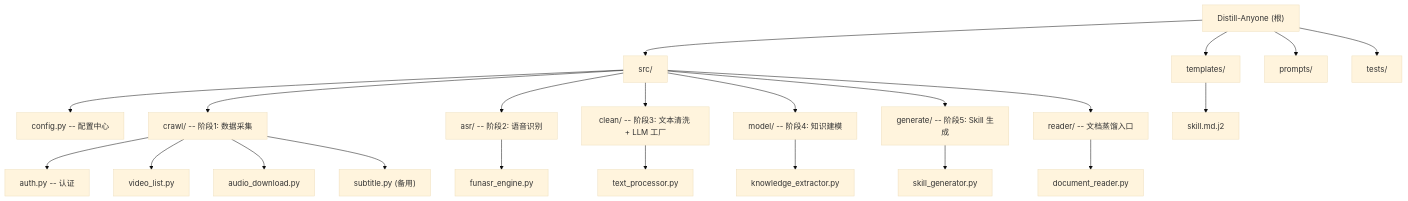
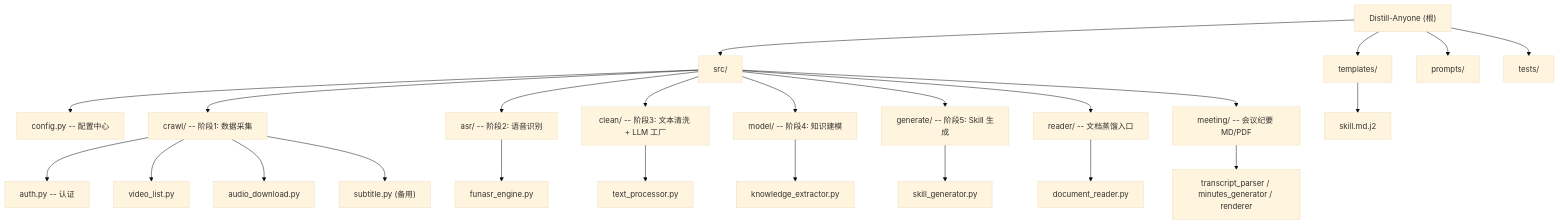
The diagram in CLAUDE.md (AITCX08/Distill-Anyone), drawn with Mermaid (base theme) before and after one commit. The commit also changed other lines of this file and 1 other file, not shown here.

Commit message:
docs(meeting): fix outline/todos contract + CLI options + root module index

````diff
--- a/CLAUDE.md
+++ b/CLAUDE.md
@@ -58,31 +58,34 @@
 ```mermaid
 graph TD
     A["Distill-Anyone (根)"] --> B["src/"]
     A --> C["templates/"]
     A --> D["prompts/"]
     A --> T["tests/"]
     B --> E["config.py -- 配置中心"]
     B --> F["crawl/ -- 阶段1: 数据采集"]
     B --> G["asr/ -- 阶段2: 语音识别"]
     B --> H["clean/ -- 阶段3: 文本清洗 + LLM 工厂"]
     B --> I["model/ -- 阶段4: 知识建模"]
     B --> J["generate/ -- 阶段5: Skill 生成"]
     B --> R["reader/ -- 文档蒸馏入口"]
+    B --> M["meeting/ -- 会议纪要 MD/PDF"]
     F --> F0["auth.py -- 认证"]
     F --> F1["video_list.py"]
     F --> F2["audio_download.py"]
     F --> F3["subtitle.py (备用)"]
     G --> G1["funasr_engine.py"]
     H --> H1["text_processor.py"]
     I --> I1["knowledge_extractor.py"]
     J --> J1["skill_generator.py"]
     R --> R1["document_reader.py"]
+    M --> M1["transcript_parser / minutes_generator / renderer"]
     C --> C1["skill.md.j2"]
 
     click F "./src/crawl/CLAUDE.md" "查看 crawl 模块文档"
     click G "./src/asr/CLAUDE.md" "查看 asr 模块文档"
     click H "./src/clean/CLAUDE.md" "查看 clean 模块文档"
     click I "./src/model/CLAUDE.md" "查看 model 模块文档"
     click J "./src/generate/CLAUDE.md" "查看 generate 模块文档"
     click R "./src/reader/CLAUDE.md" "查看 reader 模块文档"
+    click M "./src/meeting/CLAUDE.md" "查看 meeting 模块文档"
 ```
````
